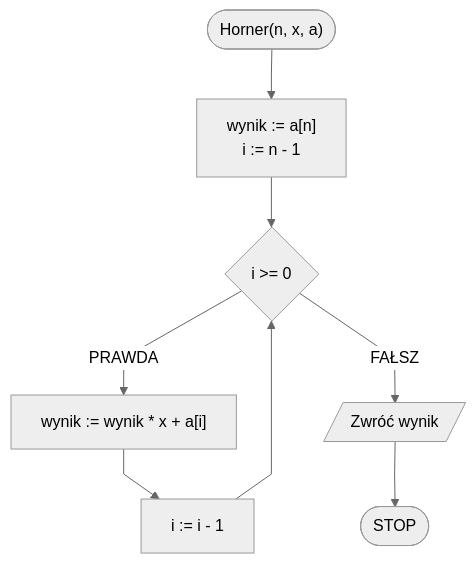
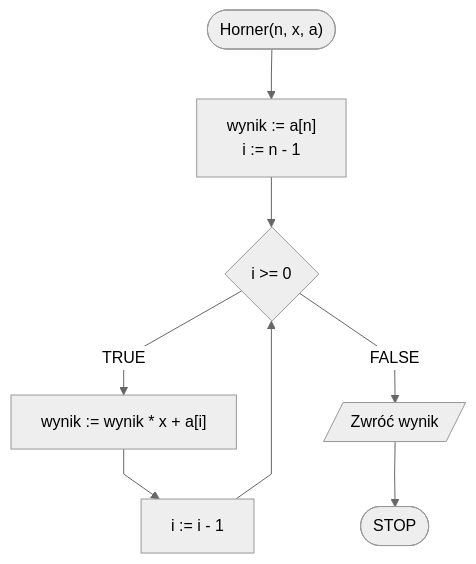
Before and after one commit to blackbat13/edu-cs-htiew-en: the diagram in docs/algorithms/numerical-methods/horner.md, drawn with Mermaid. The commit also changed other lines of this file and 682 other files, not shown here.

````diff
--- a/docs/algorithms/numerical-methods/horner.md
+++ b/docs/algorithms/numerical-methods/horner.md
@@ -113,12 +113,12 @@
 ```mermaid
 %%{init: {"flowchart": {"curve": "linear"}, "theme": "neutral"} }%%
 flowchart TD
 	START(["Horner(n, x, a)"]) --> K1["wynik := a[n]
 	i := n - 1"]
 	K1 --> K2{i >= 0}
-	K2 -- PRAWDA --> K3["wynik := wynik * x + a[i]"]
+	K2 -- TRUE --> K3["wynik := wynik * x + a[i]"]
 	K3 --> K2i[i := i - 1]
 	K2i --> K2
-	K2 -- FAŁSZ --> K4[/Zwróć wynik/]
+	K2 -- FALSE --> K4[/Zwróć wynik/]
 	K4 --> STOP([STOP])
 ```
````
